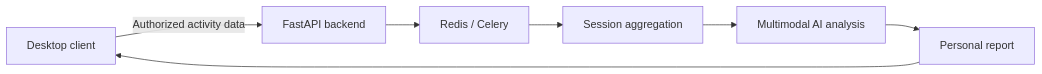
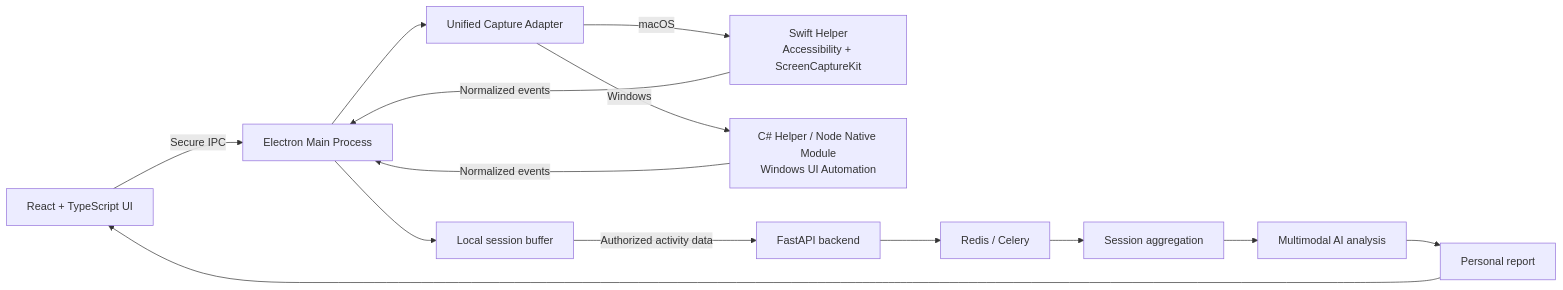
The second of 2 diagrams in README.en.md (nezqt3/Mirror), drawn with Mermaid before and after one commit. The commit also changed other lines of this file and 38 other files, not shown here.

Commit message:
feat: add base structure of the project(mac + windows)

````diff
--- a/README.en.md
+++ b/README.en.md
@@ -175,9 +178,16 @@
 ```mermaid
 flowchart LR
-    D[Desktop client] -->|Authorized activity data| API[FastAPI backend]
+    UI[React + TypeScript UI] -->|Secure IPC| MAIN[Electron Main Process]
+    MAIN --> ADAPTER[Unified Capture Adapter]
+    ADAPTER -->|macOS| SWIFT[Swift Helper<br/>Accessibility + ScreenCaptureKit]
+    ADAPTER -->|Windows| WIN[C# Helper / Node Native Module<br/>Windows UI Automation]
+    SWIFT -->|Normalized events| MAIN
+    WIN -->|Normalized events| MAIN
+    MAIN --> BUFFER[Local session buffer]
+    BUFFER -->|Authorized activity data| API[FastAPI backend]
     API --> Q[Redis / Celery]
     Q --> AGG[Session aggregation]
     AGG --> AI[Multimodal AI analysis]
     AI --> R[Personal report]
-    R --> D
+    R --> UI
 ```
````
